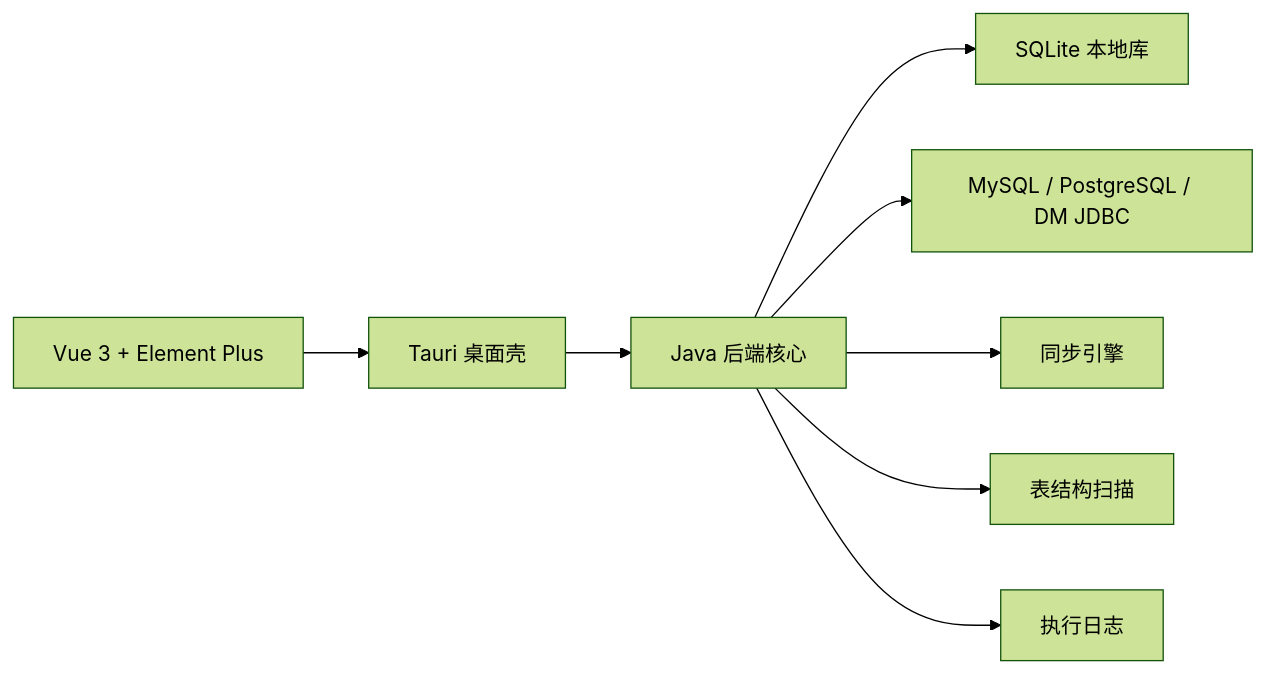
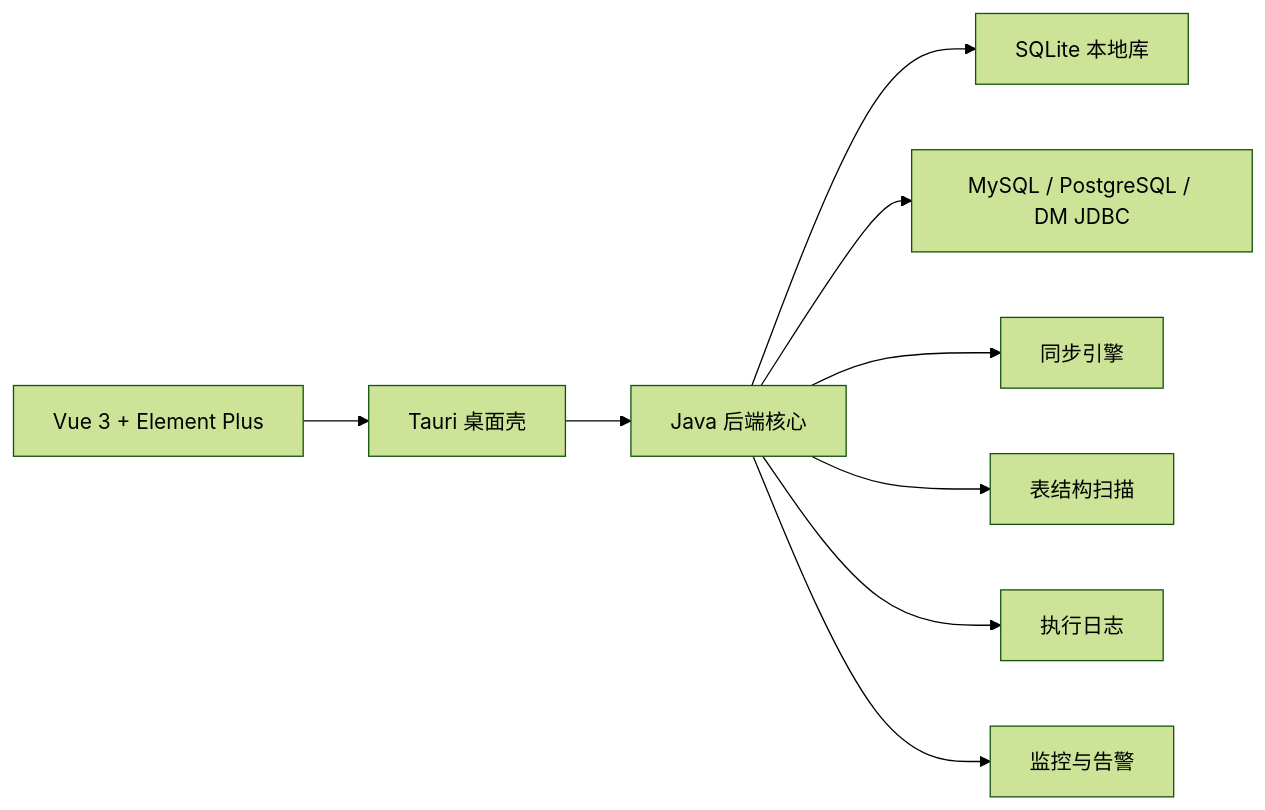
One commit to enze5972/DB-Sync-Studio changed the diagram in README.md. Above: the diagram before and after it, drawn with Mermaid (forest theme). The commit also changed other lines of this file and 1 other file, not shown here.

````diff
--- a/README.md
+++ b/README.md
@@ -113,10 +137,11 @@
 ```mermaid
 flowchart LR
   UI[Vue 3 + Element Plus] --> TAURI[Tauri 桌面壳]
   TAURI --> JAVA[Java 后端核心]
   JAVA --> SQLITE[SQLite 本地库]
   JAVA --> JDBC[MySQL / PostgreSQL / DM JDBC]
   JAVA --> SYNC[同步引擎]
   JAVA --> META[表结构扫描]
   JAVA --> LOG[执行日志]
+  JAVA --> MON[监控与告警]
 ```
````
